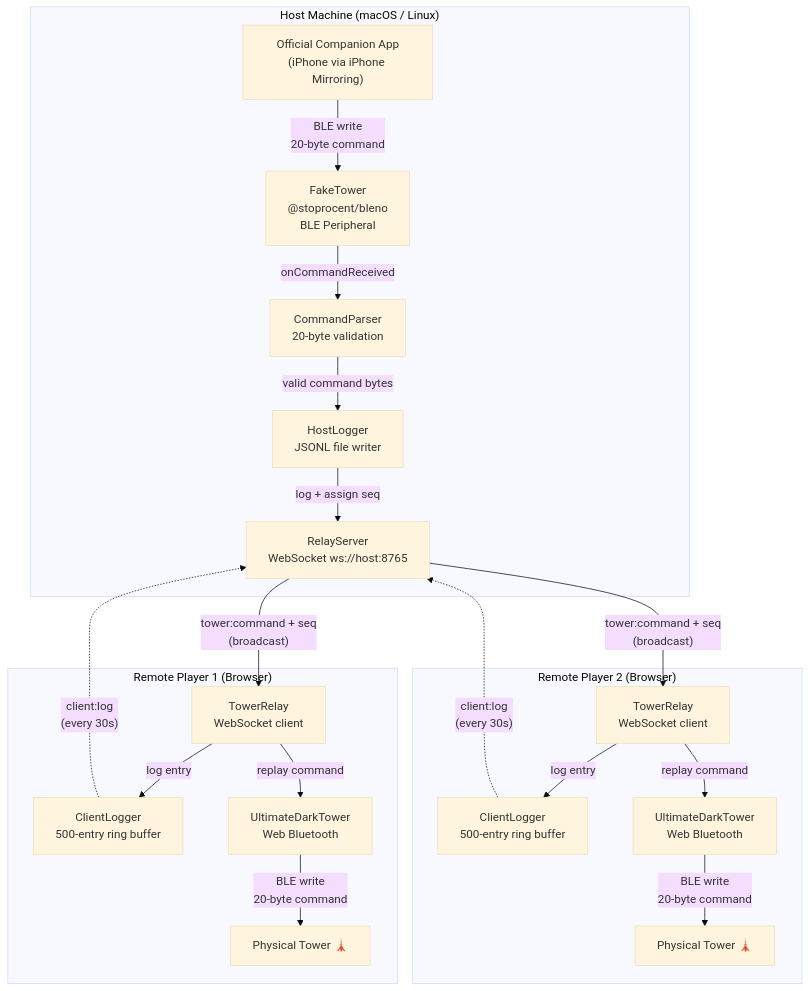
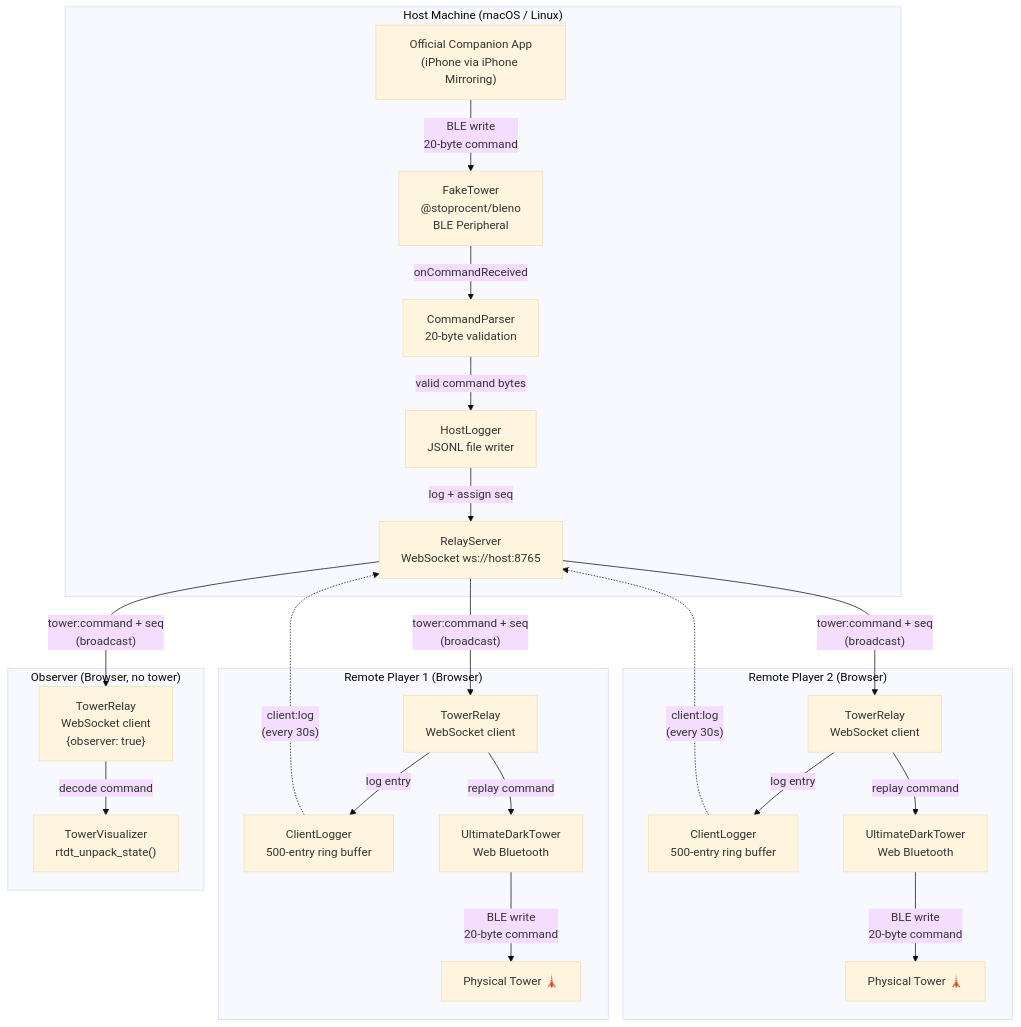
Before and after one commit to ChessMess/UltimateDarkTower: the diagram in docs/history/sync/ARCHITECTURE.md, drawn with Mermaid (base theme). The commit also changed other lines of this file and 21 other files, not shown here.

First line of the commit message:
feat: observer mode + wire CommandParser into relay path

````diff
--- a/docs/history/sync/ARCHITECTURE.md
+++ b/docs/history/sync/ARCHITECTURE.md
@@ -29,42 +30,50 @@
 ```mermaid
 flowchart TD
     subgraph HOST["Host Machine (macOS / Linux)"]
         APP["Official Companion App\n(iPhone via iPhone Mirroring)"]
         FAKE["FakeTower\n@stoprocent/bleno\nBLE Peripheral"]
         LOGGER["HostLogger\nJSONL file writer"]
         RELAY["RelayServer\nWebSocket ws://host:8765"]
         PARSER["CommandParser\n20-byte validation"]
 
         APP -->|"BLE write\n20-byte command"| FAKE
         FAKE -->|onCommandReceived| PARSER
         PARSER -->|valid command bytes| LOGGER
         LOGGER -->|"log + assign seq"| RELAY
     end
 
     subgraph CLIENT1["Remote Player 1 (Browser)"]
         WS1["TowerRelay\nWebSocket client"]
         CLOG1["ClientLogger\n500-entry ring buffer"]
         UDT1["UltimateDarkTower\nWeb Bluetooth"]
         TOWER1["Physical Tower 🗼"]
 
         WS1 -->|replay command| UDT1
         WS1 -->|log entry| CLOG1
         UDT1 -->|"BLE write\n20-byte command"| TOWER1
     end
 
     subgraph CLIENT2["Remote Player 2 (Browser)"]
         WS2["TowerRelay\nWebSocket client"]
         CLOG2["ClientLogger\n500-entry ring buffer"]
         UDT2["UltimateDarkTower\nWeb Bluetooth"]
         TOWER2["Physical Tower 🗼"]
 
         WS2 -->|replay command| UDT2
         WS2 -->|log entry| CLOG2
         UDT2 -->|"BLE write\n20-byte command"| TOWER2
     end
 
+    subgraph OBSERVER["Observer (Browser, no tower)"]
+        WS3["TowerRelay\nWebSocket client\n{observer: true}"]
+        VIZ["TowerVisualizer\nrtdt_unpack_state()"]
+
+        WS3 -->|decode command| VIZ
+    end
+
     RELAY -->|"tower:command + seq\n(broadcast)"| WS1
     RELAY -->|"tower:command + seq\n(broadcast)"| WS2
+    RELAY -->|"tower:command + seq\n(broadcast)"| WS3
     CLOG1 -.->|"client:log\n(every 30s)"| RELAY
     CLOG2 -.->|"client:log\n(every 30s)"| RELAY
 ```
````
